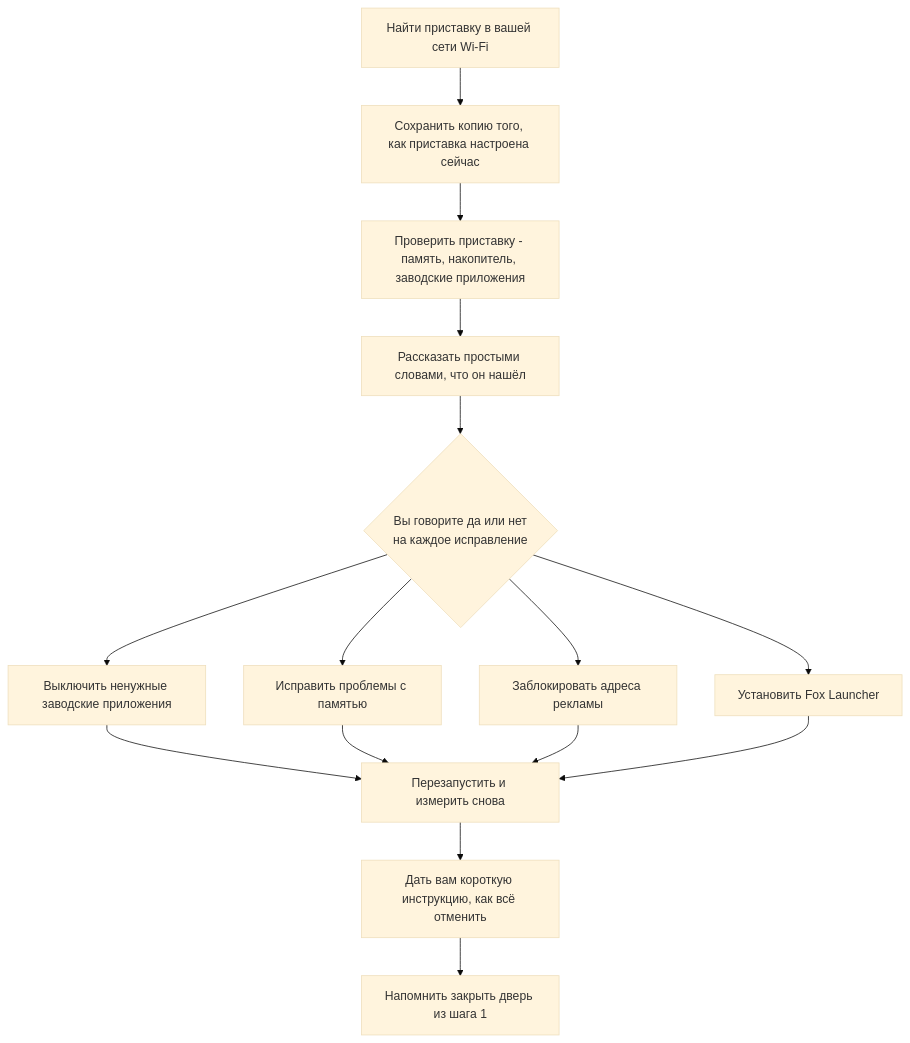
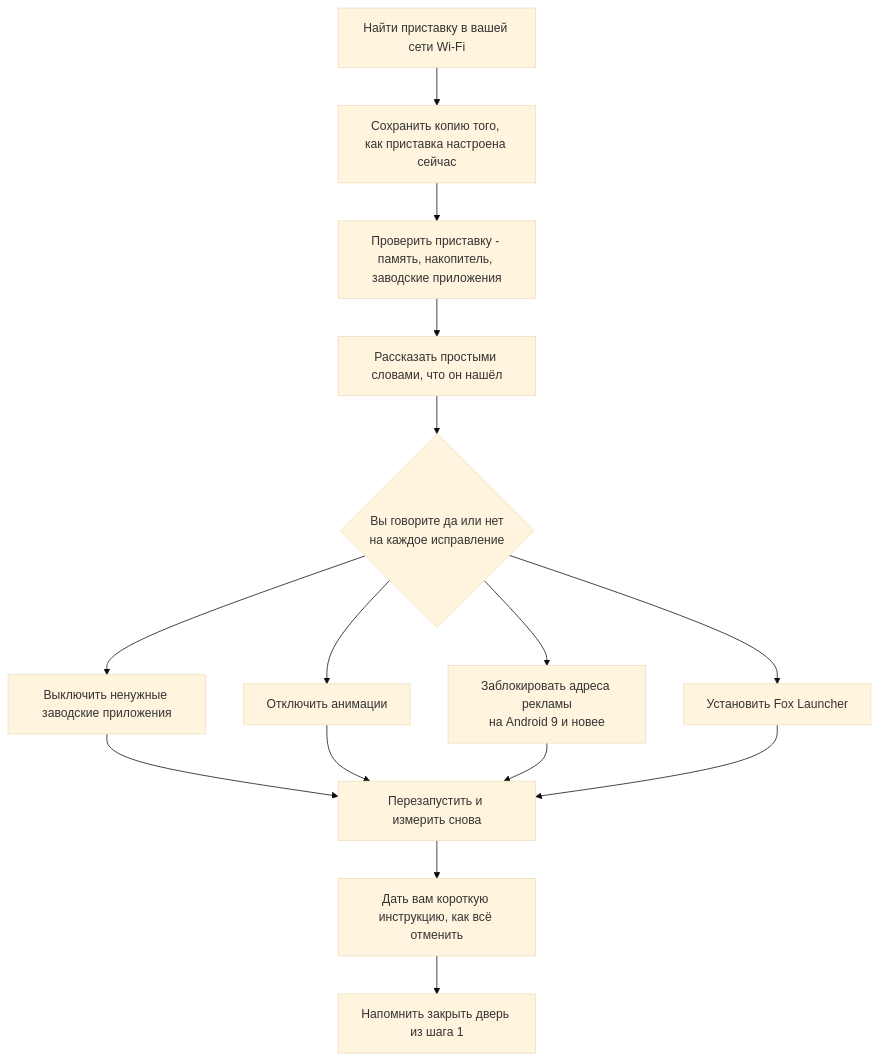
One commit to franco-valenzuela/fox-launcher-tvbox changed the diagram in docs/i18n/README.ru.md. Above: the diagram before and after it, drawn with Mermaid (base theme). The commit also changed other lines of this file and 19 other files, not shown here.

````diff
--- a/docs/i18n/README.ru.md
+++ b/docs/i18n/README.ru.md
@@ -82,17 +84,17 @@
 ```mermaid
 flowchart TD
     A[Найти приставку в вашей сети Wi-Fi] --> B[Сохранить копию того, как приставка настроена сейчас]
     B --> C[Проверить приставку - память, накопитель, заводские приложения]
     C --> D[Рассказать простыми словами, что он нашёл]
     D --> E{Вы говорите да или нет<br/>на каждое исправление}
     E --> F[Выключить ненужные заводские приложения]
-    E --> G[Исправить проблемы с памятью]
-    E --> H[Заблокировать адреса рекламы]
+    E --> G[Отключить анимации]
+    E --> H[Заблокировать адреса рекламы<br/>на Android 9 и новее]
     E --> I[Установить Fox Launcher]
     F --> J[Перезапустить и измерить снова]
     G --> J
     H --> J
     I --> J
     J --> K[Дать вам короткую инструкцию, как всё отменить]
     K --> L[Напомнить закрыть дверь из шага 1]
 ```
````
